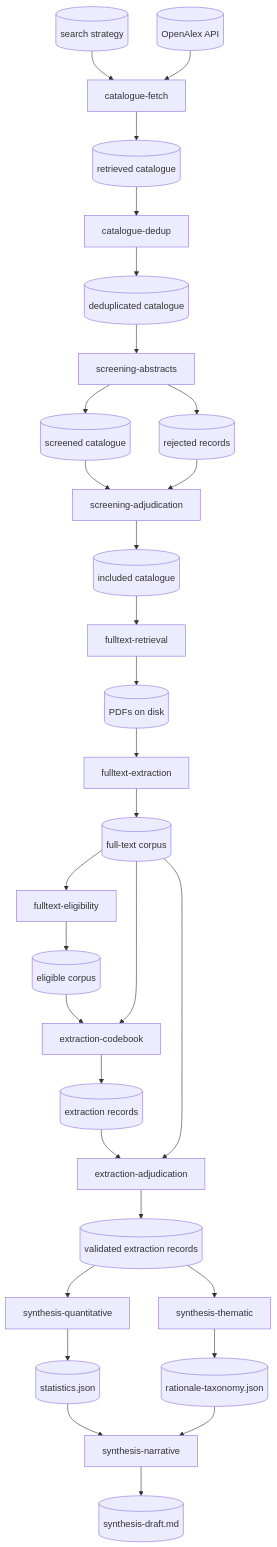
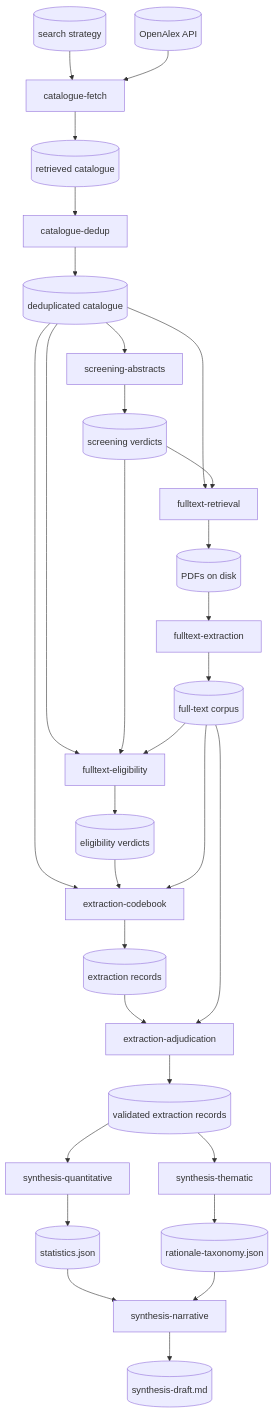
Before and after one commit to geomar-od-lagrange/2026_laglitsynth: the diagram in docs/pipeline.md, drawn with Mermaid. The commit also changed other lines of this file and 32 other files, not shown here.

````diff
--- a/docs/pipeline.md
+++ b/docs/pipeline.md
@@ -236,62 +225,59 @@
 ```mermaid
 graph TD
     KW[(search strategy)]
     OA[(OpenAlex API)]
     RCAT[(retrieved catalogue)]
     DCAT[(deduplicated catalogue)]
-    SCAT[(screened catalogue)]
-    REJ[(rejected records)]
-    ICAT[(included catalogue)]
+    SVERD[(screening verdicts)]
+    EVERD[(eligibility verdicts)]
     PDFS[(PDFs on disk)]
     FTC[(full-text corpus)]
-    ECORP[(eligible corpus)]
     EXT[(extraction records)]
     EXTV[(validated extraction records)]
     STAT[(statistics.json)]
     TAX[(rationale-taxonomy.json)]
     SYN[(synthesis-draft.md)]
 
     FETCH[catalogue-fetch]
     DEDUP[catalogue-dedup]
     SCREEN[screening-abstracts]
-    ADJUD[screening-adjudication]
     RETRIEVE[fulltext-retrieval]
     GROBID[fulltext-extraction]
     ELIG[fulltext-eligibility]
     EXTRACT[extraction-codebook]
     ADJUD2[extraction-adjudication]
     QSYNTH[synthesis-quantitative]
     TSYNTH[synthesis-thematic]
     NARR[synthesis-narrative]
 
     KW --> FETCH
     OA --> FETCH
     FETCH --> RCAT
     RCAT --> DEDUP
     DEDUP --> DCAT
     DCAT --> SCREEN
-    SCREEN --> SCAT
-    SCREEN --> REJ
-    SCAT --> ADJUD
-    REJ --> ADJUD
-    ADJUD --> ICAT
-    ICAT --> RETRIEVE
+    SCREEN --> SVERD
+    DCAT --> RETRIEVE
+    SVERD --> RETRIEVE
     RETRIEVE --> PDFS
     PDFS --> GROBID
     GROBID --> FTC
+    DCAT --> ELIG
+    SVERD --> ELIG
     FTC --> ELIG
-    ELIG --> ECORP
-    ECORP --> EXTRACT
+    ELIG --> EVERD
+    DCAT --> EXTRACT
+    EVERD --> EXTRACT
     FTC --> EXTRACT
     EXTRACT --> EXT
     EXT --> ADJUD2
     FTC --> ADJUD2
     ADJUD2 --> EXTV
     EXTV --> QSYNTH
     EXTV --> TSYNTH
     QSYNTH --> STAT
     TSYNTH --> TAX
     STAT --> NARR
     TAX --> NARR
     NARR --> SYN
 ```
````
